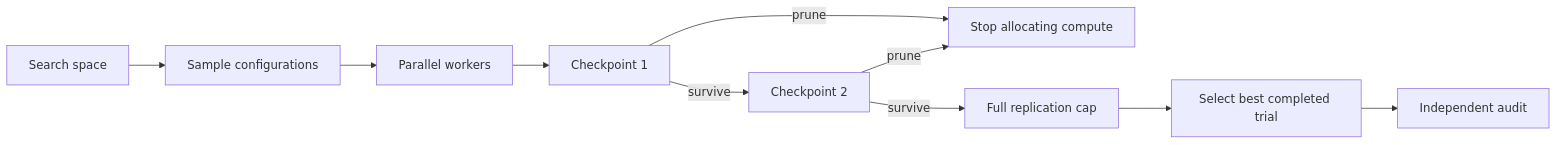
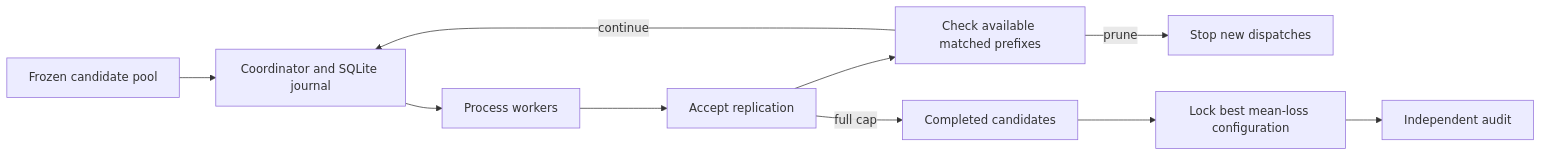
One commit to kenchengkc/aster-hpo changed the diagram in README.md. Above: the diagram before and after it, drawn with Mermaid. The commit also changed other lines of this file and 27 other files, not shown here.

````diff
--- a/README.md
+++ b/README.md
@@ -44,12 +106,12 @@
 ```mermaid
 flowchart LR
-    SPACE[Search space] --> SAMPLE[Sample configurations]
-    SAMPLE --> POOL[Parallel workers]
-    POOL --> C1[Checkpoint 1]
-    C1 -->|survive| C2[Checkpoint 2]
-    C1 -->|prune| STOP[Stop allocating compute]
-    C2 -->|survive| CAP[Full replication cap]
-    C2 -->|prune| STOP
-    CAP --> BEST[Select best completed trial]
-    BEST --> AUDIT[Independent audit]
+    POOL[Frozen candidate pool] --> COORD[Coordinator and SQLite journal]
+    COORD --> WORK[Process workers]
+    WORK --> OBS[Accept replication]
+    OBS --> POLICY[Check available matched prefixes]
+    POLICY -->|continue| COORD
+    POLICY -->|prune| STOP[Stop new dispatches]
+    OBS -->|full cap| COMPLETE[Completed candidates]
+    COMPLETE --> LOCK[Lock best mean-loss configuration]
+    LOCK --> AUDIT[Independent audit]
 ```
````
